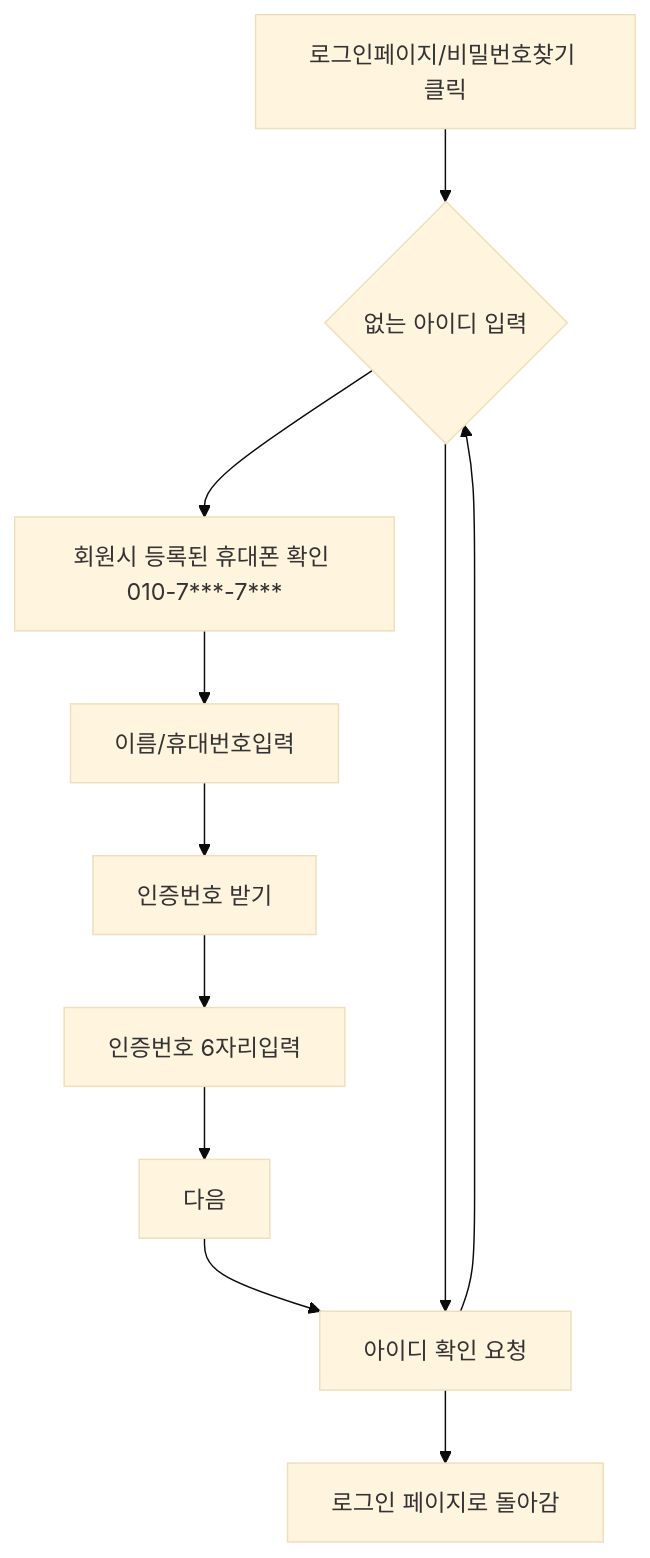
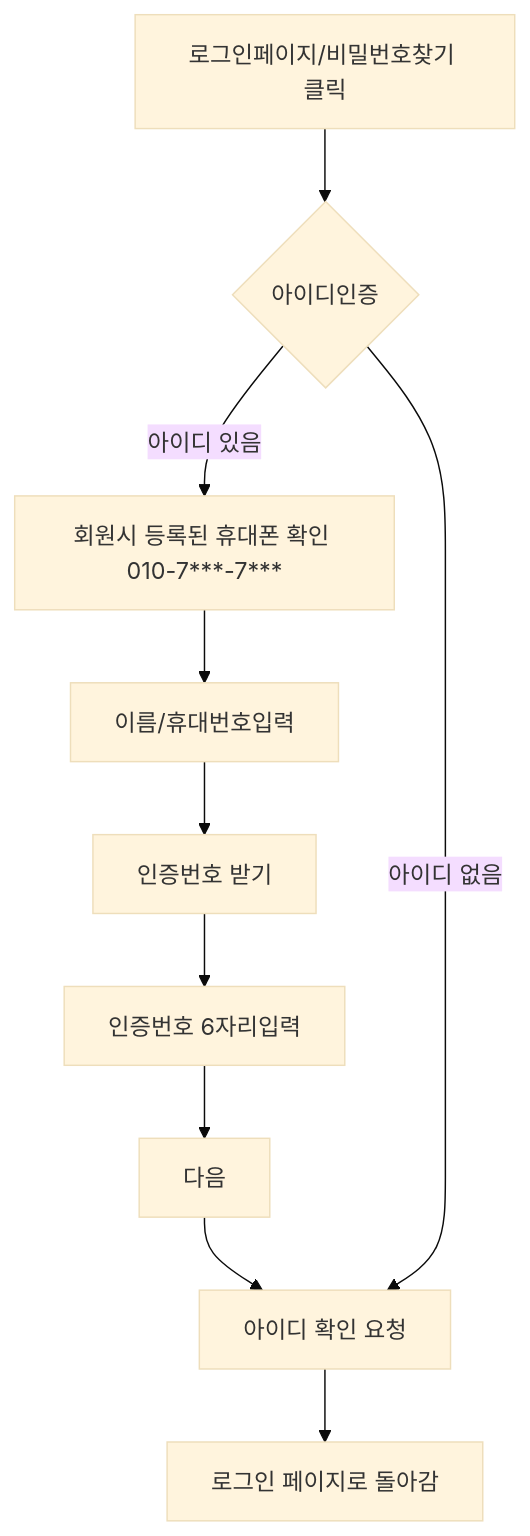
Before and after one commit to 95126m/OnboardingProject: the second of 3 diagrams in login_기능정의서.md, drawn with Mermaid (base theme).

````diff
--- a/login_기능정의서.md
+++ b/login_기능정의서.md
@@ -49,4 +49,7 @@
 ```mermaid
 flowchart TD
-    A[로그인페이지/비밀번호찾기 클릭]-->B{아이디 입력}-->c[회원시 등록된 휴대폰 확인 010-7***-7***]-->d[이름/휴대번호입력]-->e[인증번호 받기]-->f[인증번호 6자리입력]-->g[다음]-->h[가입된 이메일로 암호변경 링크 발송] -->B{없는 아이디 입력}-->h[아이디 확인 요청]-->i[로그인 페이지로 돌아감]
+    A[로그인페이지/비밀번호찾기 클릭]-->B[아이디 입력] -- 아이디 있음 --> c[회원시 등록된 휴대폰 확인 010-7***-7***]-->d[이름/휴대번호입력]-->e[인증번호 받기]-->f[인증번호 6자리입력]-->g[다음]-->h[가입된 이메일로 암호변경 링크 발송]
+    B{아이디인증} -- 아이디 없음 -->h[아이디 확인 요청]-->i[로그인 페이지로 돌아감]
+
+ 
 ```
````
